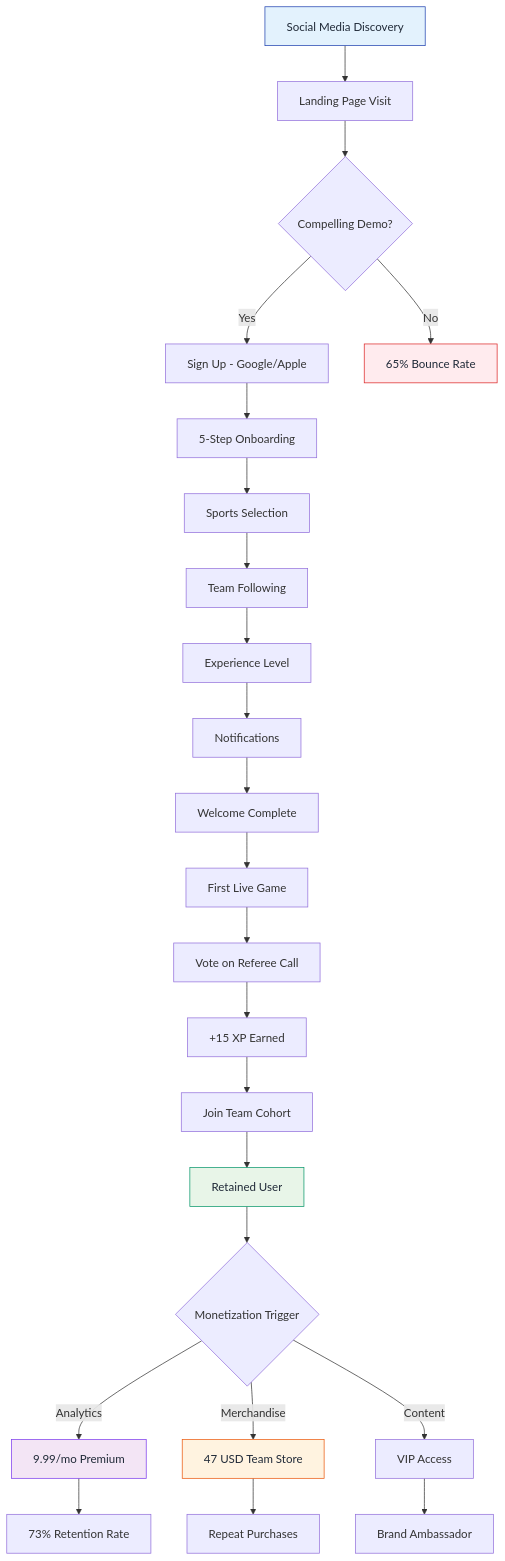
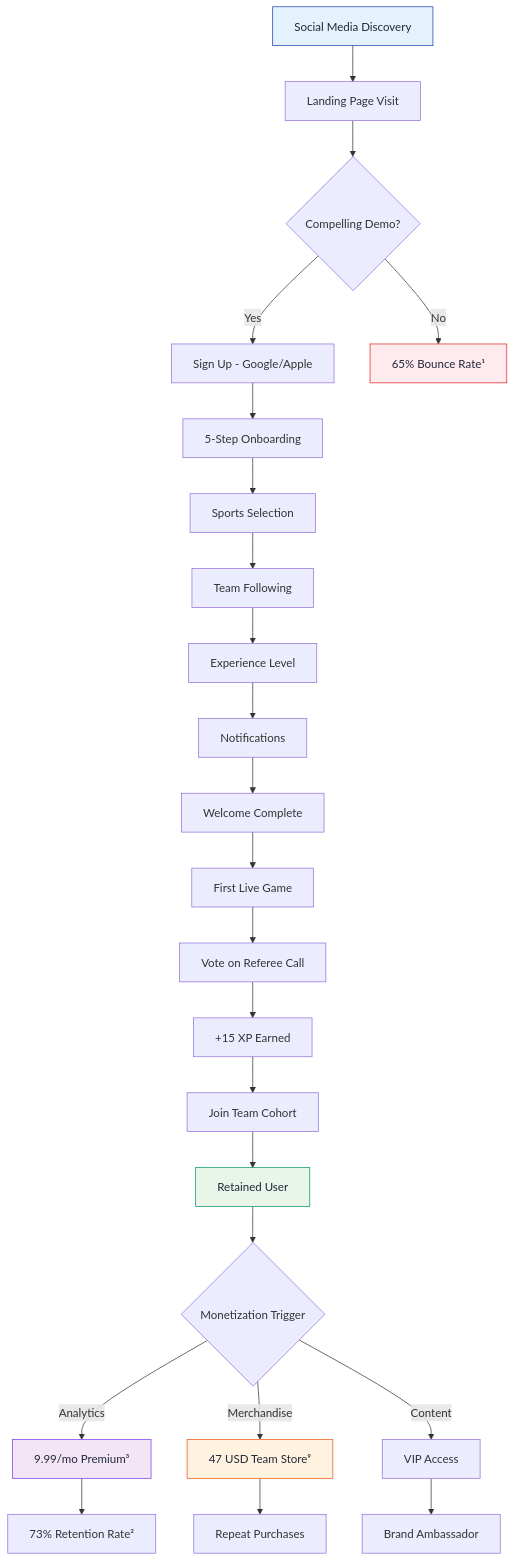
Before and after one commit to SkaFld-Ignite/ref-u-wireframes: the first of 7 diagrams in docs/investor-flows.md, drawn with Mermaid. The commit also changed other lines of this file, not shown here.

Commit message:
Update investor flows with accurate pre-beta stage and working citations

````diff
--- a/docs/investor-flows.md
+++ b/docs/investor-flows.md
@@ -38,35 +17,35 @@
 ```mermaid
 graph TD
     A[Social Media Discovery] --> B[Landing Page Visit]
     B --> C{Compelling Demo?}
     C -->|Yes| D[Sign Up - Google/Apple]
-    C -->|No| X[65% Bounce Rate]
+    C -->|No| X[65% Bounce Rate¹]
     
     D --> E[5-Step Onboarding]
     E --> F[Sports Selection]
     F --> G[Team Following]
     G --> H[Experience Level]
     H --> I[Notifications]
     I --> J[Welcome Complete]
     
     J --> K[First Live Game]
     K --> L[Vote on Referee Call]
     L --> M[+15 XP Earned]
     M --> N[Join Team Cohort]
     N --> O[Retained User]
     
     O --> P{Monetization Trigger}
-    P -->|Analytics| Q[9.99/mo Premium]
-    P -->|Merchandise| R[47 USD Team Store]
+    P -->|Analytics| Q[9.99/mo Premium³]
+    P -->|Merchandise| R[47 USD Team Store⁹]
     P -->|Content| S[VIP Access]
     
-    Q --> T[73% Retention Rate]
+    Q --> T[73% Retention Rate²]
     R --> U[Repeat Purchases]
     S --> V[Brand Ambassador]
     
     style A fill:#e3f2fd,stroke:#1e40af,color:#1f2937
     style O fill:#e8f5e8,stroke:#059669,color:#1f2937
     style Q fill:#f3e5f5,stroke:#7c3aed,color:#1f2937
     style R fill:#fff3e0,stroke:#ea580c,color:#1f2937
     style X fill:#ffebee,stroke:#dc2626,color:#1f2937
 ```
````
